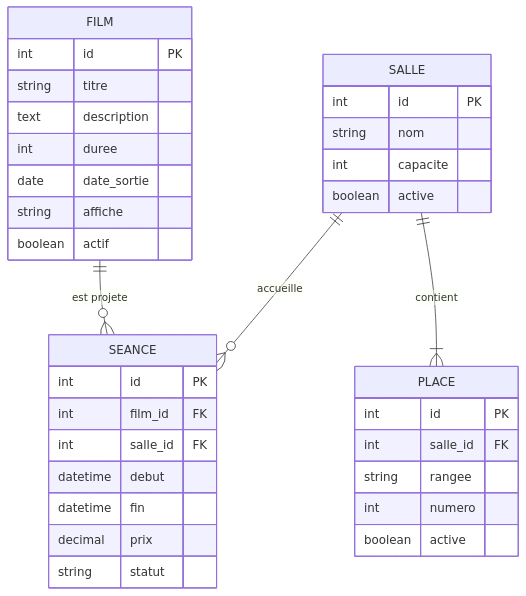
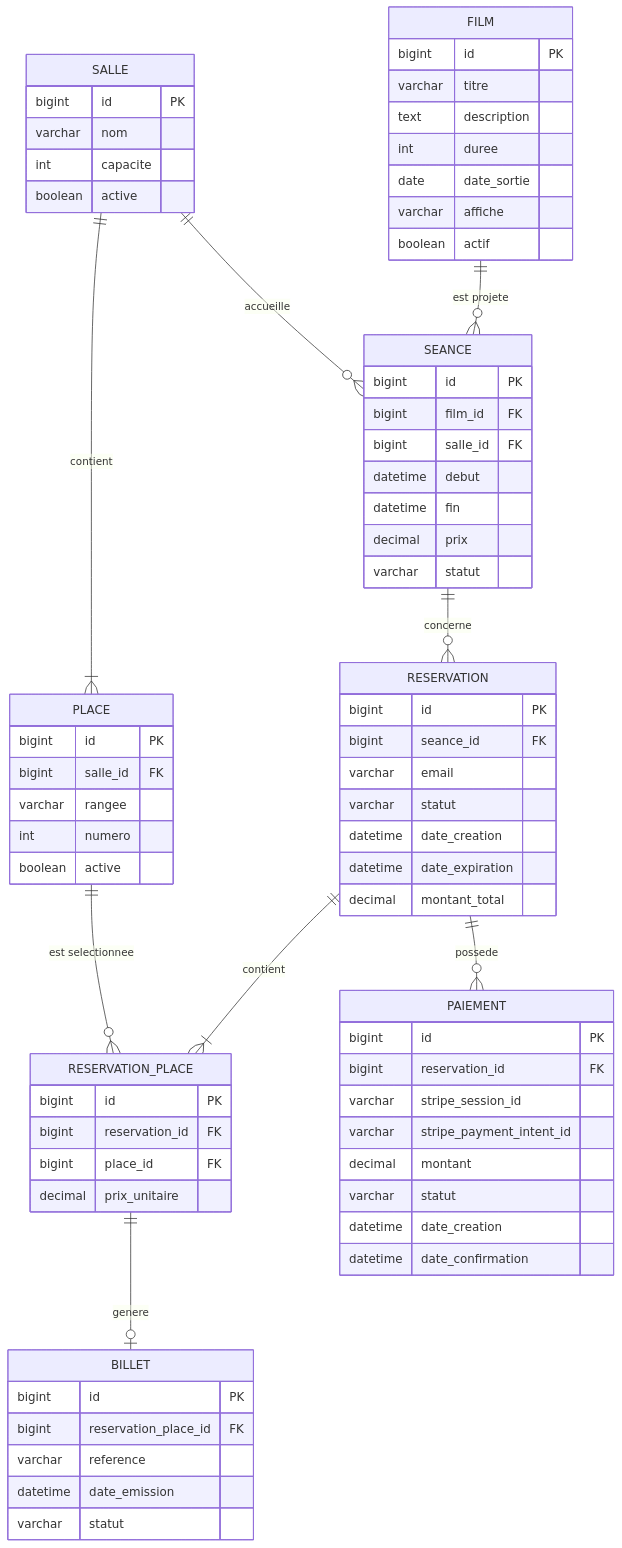
Before and after one commit to LennyFlx/le-grand-cinema: the diagram in docs/modele-donnees.md, drawn with Mermaid. The commit also changed other lines of this file, not shown here.

````diff
--- a/docs/modele-donnees.md
+++ b/docs/modele-donnees.md
@@ -127,41 +310,82 @@
 ```mermaid
 erDiagram
-    FILM ||--o{ SEANCE : "est projete"
-    SALLE ||--o{ SEANCE : "accueille"
-    SALLE ||--|{ PLACE : "contient"
+    FILM ||--o{ SEANCE: "est projete"
+    SALLE ||--o{ SEANCE: "accueille"
+    SALLE ||--|{ PLACE: "contient"
+    SEANCE ||--o{ RESERVATION: "concerne"
+    RESERVATION ||--|{ RESERVATION_PLACE: "contient"
+    PLACE ||--o{ RESERVATION_PLACE: "est selectionnee"
+    RESERVATION ||--o{ PAIEMENT: "possede"
+    RESERVATION_PLACE ||--o| BILLET: "genere"
 
     FILM {
-        int id PK
-        string titre
+        bigint id PK
+        varchar titre
         text description
         int duree
         date date_sortie
-        string affiche
+        varchar affiche
         boolean actif
     }
 
     SALLE {
-        int id PK
-        string nom
+        bigint id PK
+        varchar nom
         int capacite
         boolean active
     }
 
     PLACE {
-        int id PK
-        int salle_id FK
-        string rangee
+        bigint id PK
+        bigint salle_id FK
+        varchar rangee
         int numero
         boolean active
     }
 
     SEANCE {
-        int id PK
-        int film_id FK
-        int salle_id FK
+        bigint id PK
+        bigint film_id FK
+        bigint salle_id FK
         datetime debut
         datetime fin
         decimal prix
-        string statut
+        varchar statut
+    }
+
+    RESERVATION {
+        bigint id PK
+        bigint seance_id FK
+        varchar email
+        varchar statut
+        datetime date_creation
+        datetime date_expiration
+        decimal montant_total
+    }
+
+    RESERVATION_PLACE {
+        bigint id PK
+        bigint reservation_id FK
+        bigint place_id FK
+        decimal prix_unitaire
+    }
+
+    PAIEMENT {
+        bigint id PK
+        bigint reservation_id FK
+        varchar stripe_session_id
+        varchar stripe_payment_intent_id
+        decimal montant
+        varchar statut
+        datetime date_creation
+        datetime date_confirmation
+    }
+
+    BILLET {
+        bigint id PK
+        bigint reservation_place_id FK
+        varchar reference
+        datetime date_emission
+        varchar statut
     }
 ```
````
